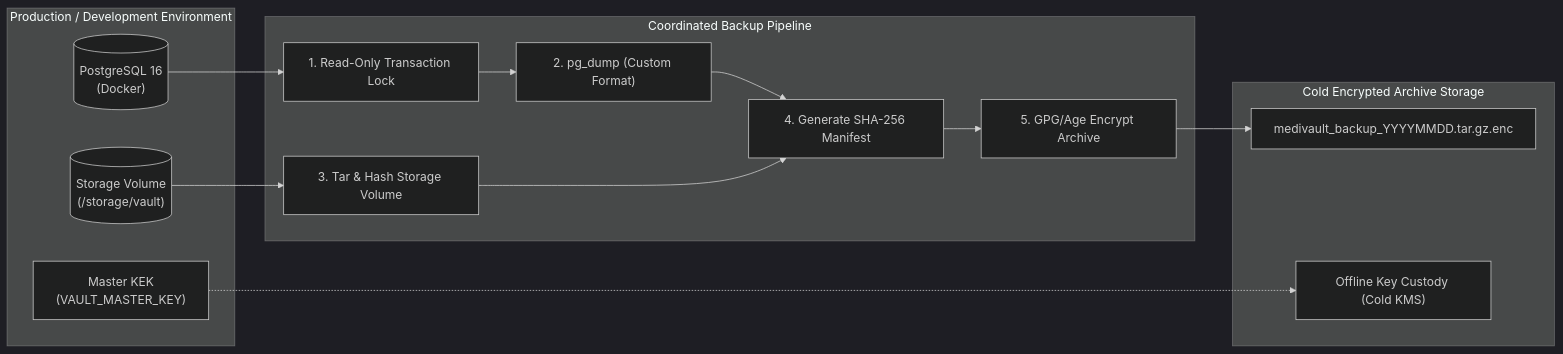
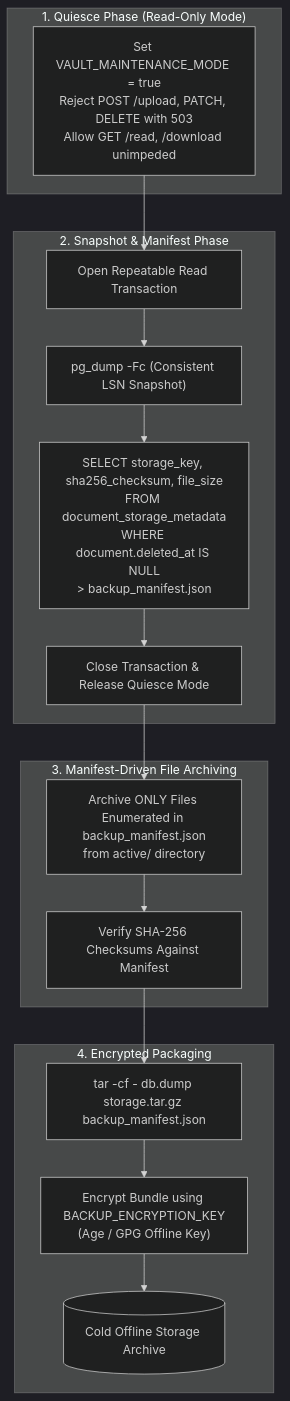
Before and after one commit to Nawarajkarki30/MediVaultAI: the first of 2 diagrams in docs/DOCUMENT_BACKUP_RECOVERY.md, drawn with Mermaid (dark theme). The commit also changed other lines of this file and 7 other files, not shown here.

Commit message:
docs(security): complete Phase 2C.2 security corrections, verify-before-release, in-memory quarantine, and manifest backup

````diff
--- a/docs/DOCUMENT_BACKUP_RECOVERY.md
+++ b/docs/DOCUMENT_BACKUP_RECOVERY.md
@@ -17,30 +30,34 @@
 ```mermaid
-flowchart LR
-    subgraph Live["Production / Development Environment"]
-        DB[("PostgreSQL 16\n(Docker)")]
-        Storage[("Storage Volume\n(/storage/vault)")]
-        Key["Master KEK\n(VAULT_MASTER_KEY)"]
+flowchart TD
+    subgraph Phase1["1. Quiesce Phase (Read-Only Mode)"]
+        Quiesce["Set VAULT_MAINTENANCE_MODE = true\nReject POST /upload, PATCH, DELETE with 503\nAllow GET /read, /download unimpeded"]
     end
     
-    subgraph BackupJob["Coordinated Backup Pipeline"]
-        Freeze["1. Read-Only Transaction Lock"]
-        DumpDB["2. pg_dump (Custom Format)"]
-        ArchiveStorage["3. Tar & Hash Storage Volume"]
-        Manifest["4. Generate SHA-256 Manifest"]
-        EncBackup["5. GPG/Age Encrypt Archive"]
+    subgraph Phase2["2. Snapshot & Manifest Phase"]
+        LockDB["Open Repeatable Read Transaction"]
+        DumpDB["pg_dump -Fc (Consistent LSN Snapshot)"]
+        GenManifest["SELECT storage_key, sha256_checksum, file_size\nFROM document_storage_metadata\nWHERE document.deleted_at IS NULL\n> backup_manifest.json"]
+        CloseLock["Close Transaction & Release Quiesce Mode"]
     end
     
-    subgraph Target["Cold Encrypted Archive Storage"]
-        ArchiveBundle["medivault_backup_YYYYMMDD.tar.gz.enc"]
-        KeyBackup["Offline Key Custody (Cold KMS)"]
+    subgraph Phase3["3. Manifest-Driven File Archiving"]
+        TarFiles["Archive ONLY Files Enumerated in backup_manifest.json\nfrom active/ directory"]
+        VerifyChecksums["Verify SHA-256 Checksums Against Manifest"]
     end
     
-    DB --> Freeze
-    Freeze --> DumpDB
-    Storage --> ArchiveStorage
-    DumpDB --> Manifest
-    ArchiveStorage --> Manifest
-    Manifest --> EncBackup
-    EncBackup --> ArchiveBundle
-    Key -.-> KeyBackup
+    subgraph Phase4["4. Encrypted Packaging"]
+        Bundle["tar -cf - db.dump storage.tar.gz backup_manifest.json"]
+        EncBundle["Encrypt Bundle using BACKUP_ENCRYPTION_KEY\n(Age / GPG Offline Key)"]
+        ColdStore[("Cold Offline Storage Archive")]
+    end
+    
+    Quiesce --> LockDB
+    LockDB --> DumpDB
+    DumpDB --> GenManifest
+    GenManifest --> CloseLock
+    CloseLock --> TarFiles
+    TarFiles --> VerifyChecksums
+    VerifyChecksums --> Bundle
+    Bundle --> EncBundle
+    EncBundle --> ColdStore
 ```
````
